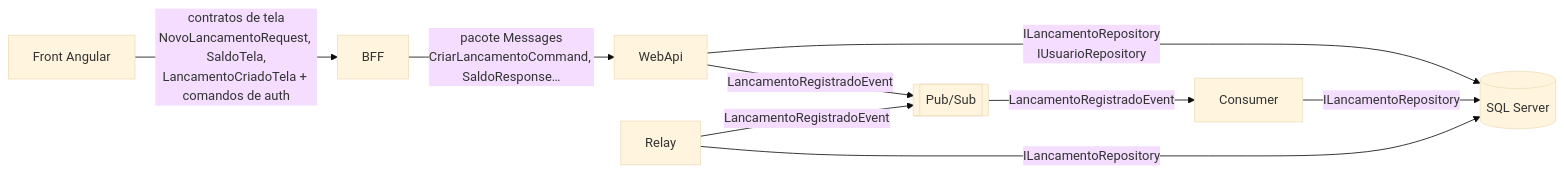
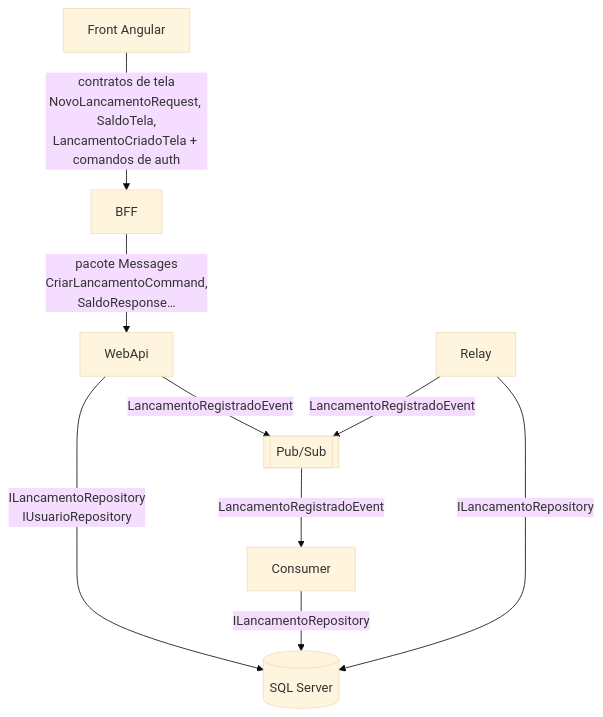
Before and after one commit to michellerodrigues/lancamentos-diarios-poc: the second of 2 diagrams in docs/arquitetura/software/04-contratos-internos-e-apis.md, drawn with Mermaid (base theme). The commit also changed other lines of this file and 45 other files, not shown here.

````diff
--- a/docs/arquitetura/software/04-contratos-internos-e-apis.md
+++ b/docs/arquitetura/software/04-contratos-internos-e-apis.md
@@ -11,19 +34,19 @@
 ```mermaid
-flowchart LR
+flowchart TB
     front["Front Angular"]
     bff["BFF"]
     webapi["WebApi"]
+    relay["Relay"]
     db[("SQL Server")]
     ps[["Pub/Sub"]]
     consumer["Consumer"]
-    relay["Relay"]
 
     front -->|"contratos de tela<br/>NovoLancamentoRequest, SaldoTela,<br/>LancamentoCriadoTela + comandos de auth"| bff
-    bff -->|"pacote Messages<br/>CriarLancamentoCommand, SaldoResponse…"| webapi
+    bff -->|"pacote Messages<br/>CriarLancamentoCommand,<br/>SaldoResponse…"| webapi
     webapi -->|"ILancamentoRepository<br/>IUsuarioRepository"| db
     webapi -->|"LancamentoRegistradoEvent"| ps
     relay -->|"LancamentoRegistradoEvent"| ps
     relay -->|"ILancamentoRepository"| db
     ps -->|"LancamentoRegistradoEvent"| consumer
     consumer -->|"ILancamentoRepository"| db
 ```
````
